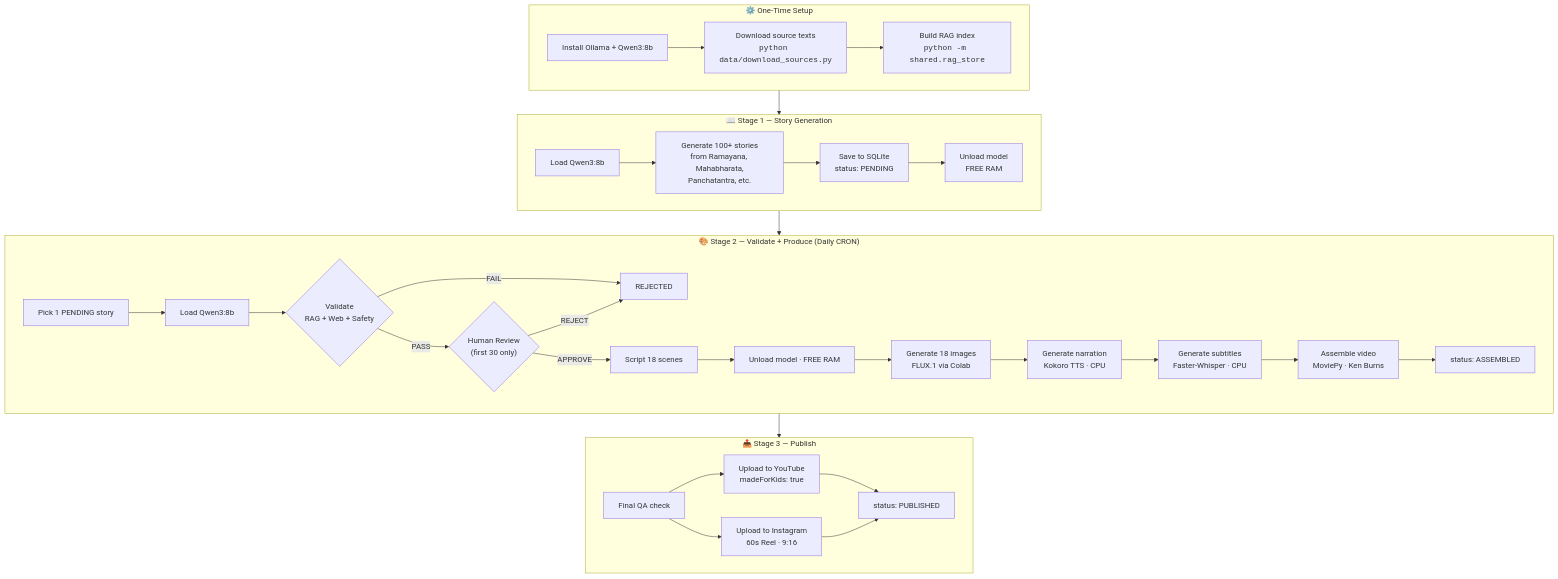
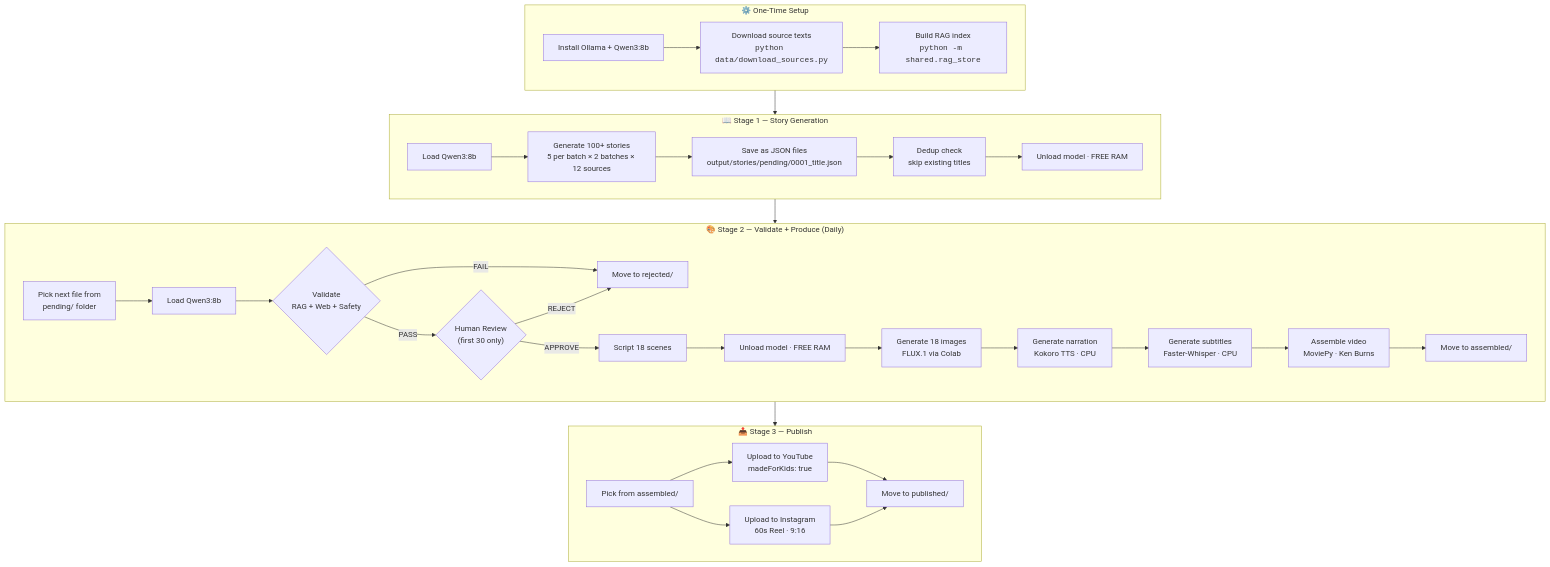
Before and after one commit to mavroshlx87/gyaanvaani: the diagram in README.md, drawn with Mermaid. The commit also changed other lines of this file, not shown here.

Commit message:
update readme: json file storage, dedup, folder-based status flow

````diff
--- a/README.md
+++ b/README.md
@@ -14,43 +14,44 @@
 ```mermaid
 flowchart TD
     subgraph SETUP["⚙️ One-Time Setup"]
         S1["Install Ollama + Qwen3:8b"]
         S2["Download source texts<br/><code>python data/download_sources.py</code>"]
         S3["Build RAG index<br/><code>python -m shared.rag_store</code>"]
         S1 --> S2 --> S3
     end
 
     subgraph STAGE1["📖 Stage 1 — Story Generation"]
-        A1["Load Qwen3:8b"] --> A2["Generate 100+ stories<br/>from Ramayana, Mahabharata,<br/>Panchatantra, etc."]
-        A2 --> A3["Save to SQLite<br/>status: PENDING"]
-        A3 --> A4["Unload model<br/>FREE RAM"]
+        A1["Load Qwen3:8b"] --> A2["Generate 100+ stories<br/>5 per batch × 2 batches × 12 sources"]
+        A2 --> A3["Save as JSON files<br/>output/stories/pending/0001_title.json"]
+        A3 --> A4["Dedup check<br/>skip existing titles"]
+        A4 --> A5["Unload model · FREE RAM"]
     end
 
-    subgraph STAGE2["🎨 Stage 2 — Validate + Produce (Daily CRON)"]
-        B1["Pick 1 PENDING story"]
+    subgraph STAGE2["🎨 Stage 2 — Validate + Produce (Daily)"]
+        B1["Pick next file from<br/>pending/ folder"]
         B1 --> B2["Load Qwen3:8b"]
 
         B2 --> B3{"Validate<br/>RAG + Web + Safety"}
-        B3 -->|FAIL| B3R["REJECTED"]
+        B3 -->|FAIL| B3R["Move to rejected/"]
         B3 -->|PASS| B4{"Human Review<br/>(first 30 only)"}
         B4 -->|REJECT| B3R
         B4 -->|APPROVE| B5["Script 18 scenes"]
         B5 --> B6["Unload model · FREE RAM"]
 
         B6 --> B7["Generate 18 images<br/>FLUX.1 via Colab"]
         B7 --> B8["Generate narration<br/>Kokoro TTS · CPU"]
         B8 --> B9["Generate subtitles<br/>Faster-Whisper · CPU"]
         B9 --> B10["Assemble video<br/>MoviePy · Ken Burns"]
-        B10 --> B11["status: ASSEMBLED"]
+        B10 --> B11["Move to assembled/"]
     end
 
     subgraph STAGE3["📤 Stage 3 — Publish"]
-        C1["Final QA check"]
+        C1["Pick from assembled/"]
         C1 --> C2["Upload to YouTube<br/>madeForKids: true"]
         C1 --> C3["Upload to Instagram<br/>60s Reel · 9:16"]
-        C2 --> C4["status: PUBLISHED"]
+        C2 --> C4["Move to published/"]
         C3 --> C4
     end
 
     SETUP --> STAGE1 --> STAGE2 --> STAGE3
 ```
````
